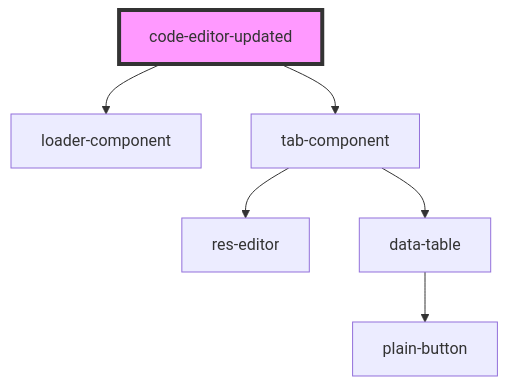
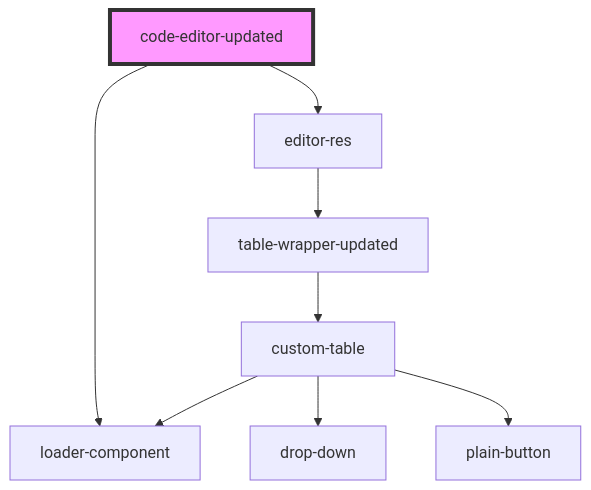
Before and after one commit to techvariable/NeptuneConnectComponents: the diagram in src/components/code-editor-updated/readme.md, drawn with Mermaid. The commit also changed other lines of this file and 21 other files, not shown here.

````diff
--- a/src/components/code-editor-updated/readme.md
+++ b/src/components/code-editor-updated/readme.md
@@ -24,9 +24,11 @@
 ```mermaid
 graph TD;
   code-editor-updated --> loader-component
-  code-editor-updated --> tab-component
-  tab-component --> res-editor
-  tab-component --> data-table
-  data-table --> plain-button
+  code-editor-updated --> editor-res
+  editor-res --> table-wrapper-updated
+  table-wrapper-updated --> custom-table
+  custom-table --> drop-down
+  custom-table --> loader-component
+  custom-table --> plain-button
   style code-editor-updated fill:#f9f,stroke:#333,stroke-width:4px
 ```
````
